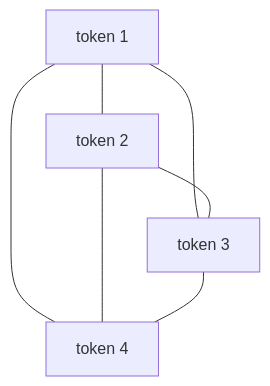
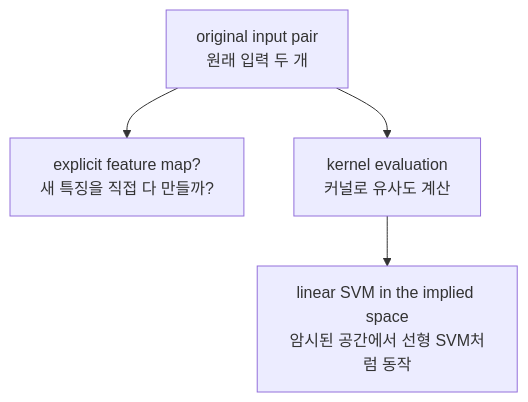
The second of 2 diagrams in docs/parts/part-04/chapter-13/section-02.md (devchan64/AiBook), drawn with Mermaid before and after one commit. The commit also changed other lines of this file and 213 other files, not shown here.

````diff
--- a/docs/parts/part-04/chapter-13/section-02.md
+++ b/docs/parts/part-04/chapter-13/section-02.md
@@ -142,14 +155,10 @@
 ```mermaid
 flowchart TD
-  A["token 1"]
-  B["token 2"]
-  C["token 3"]
-  D["token 4"]
+  A["original input pair<br/>원래 입력 두 개"]
+  B["explicit feature map?<br/>새 특징을 직접 다 만들까?"]
+  C["kernel evaluation<br/>커널로 유사도 계산"]
+  D["linear SVM in the implied space<br/>암시된 공간에서 선형 SVM처럼 동작"]
 
-  A --- B
-  A --- C
-  A --- D
-  B --- C
-  B --- D
-  C --- D
+  A --> B
+  A --> C --> D
 ```
````
